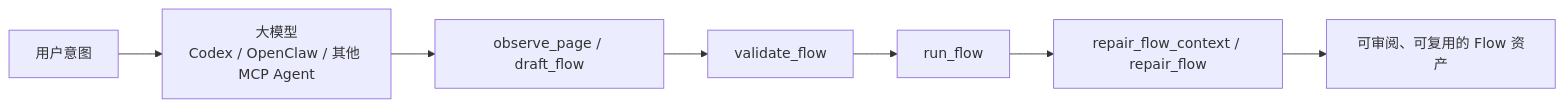
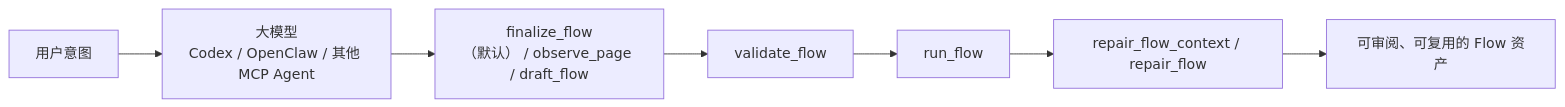
The diagram in docs/training/ai-intent-to-flow.md (tensafe/tsplay), drawn with Mermaid before and after one commit. The commit also changed other lines of this file and 7 other files, not shown here.

````diff
--- a/docs/training/ai-intent-to-flow.md
+++ b/docs/training/ai-intent-to-flow.md
@@ -23,9 +23,9 @@
 ```mermaid
 flowchart LR
     U["用户意图"] --> M["大模型<br/>Codex / OpenClaw / 其他 MCP Agent"]
-    M --> O["observe_page / draft_flow"]
+    M --> O["finalize_flow<br/>（默认） / observe_page / draft_flow"]
     O --> V["validate_flow"]
     V --> R["run_flow"]
     R --> F["repair_flow_context / repair_flow"]
     F --> A["可审阅、可复用的 Flow 资产"]
 ```
````
